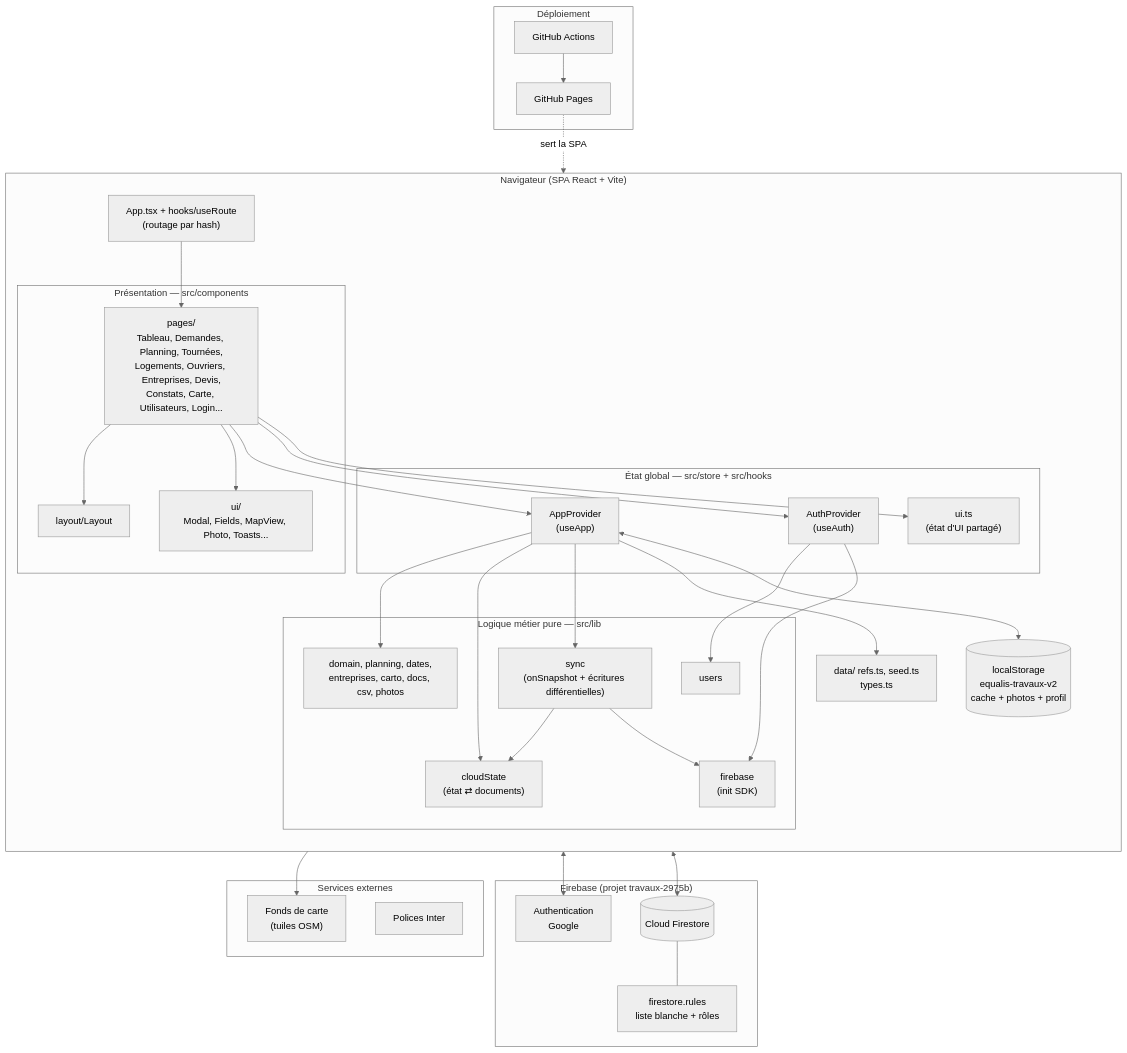
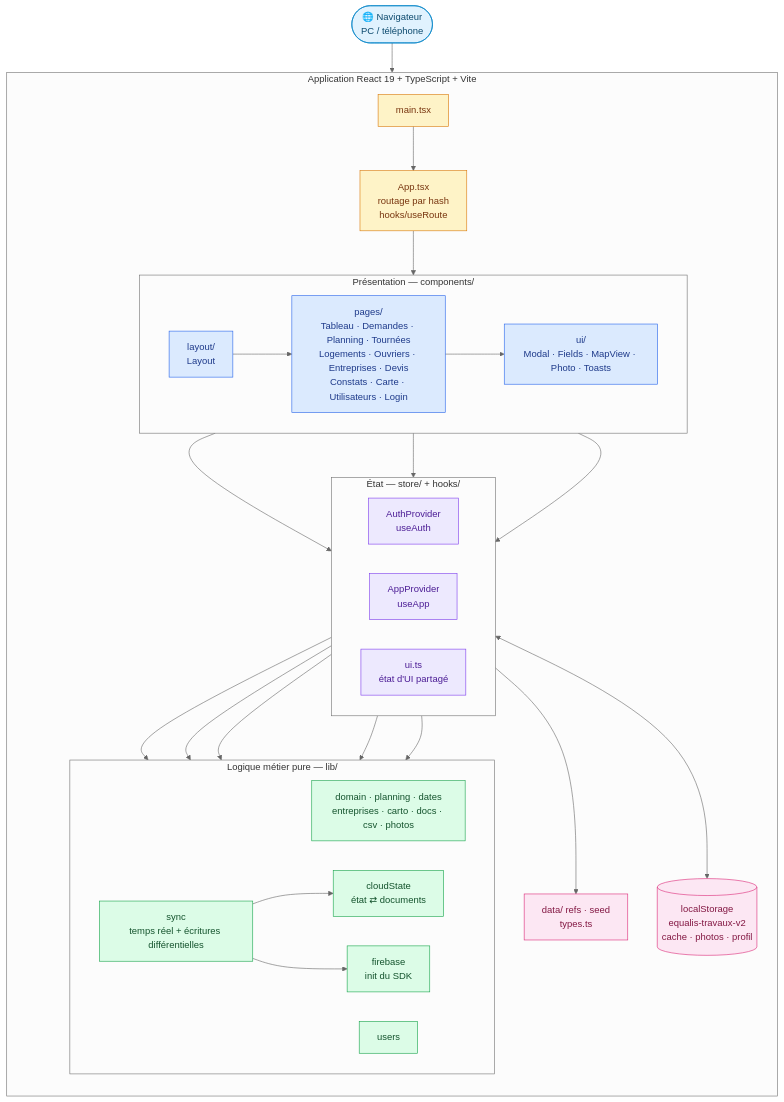
The first of 2 diagrams in README.md (Mogot77/Application_Gestion_Travaux), drawn with Mermaid (neutral theme) before and after one commit. The commit also changed other lines of this file, not shown here.

Commit message:
Ajoute deux schemas d'architecture colores (front et ecosysteme)

````diff
--- a/README.md
+++ b/README.md
@@ -24,67 +26,58 @@
 ```mermaid
 flowchart TB
-    subgraph Client["Navigateur (SPA React + Vite)"]
+    Browser(["🌐 Navigateur<br/>PC / téléphone"]):::ext
+
+    subgraph Front["Application React 19 + TypeScript + Vite"]
         direction TB
+        Main["main.tsx"]:::entry
+        Router["App.tsx<br/>routage par hash<br/>hooks/useRoute"]:::entry
 
-        subgraph UI["Présentation — src/components"]
-            Pages["pages/<br/>Tableau, Demandes, Planning, Tournées,<br/>Logements, Ouvriers, Entreprises, Devis,<br/>Constats, Carte, Utilisateurs, Login..."]
-            Layout["layout/Layout"]
-            Widgets["ui/<br/>Modal, Fields, MapView, Photo, Toasts..."]
+        subgraph UI["Présentation — components/"]
+            direction LR
+            Layout["layout/<br/>Layout"]:::ui
+            Pages["pages/<br/>Tableau · Demandes · Planning · Tournées<br/>Logements · Ouvriers · Entreprises · Devis<br/>Constats · Carte · Utilisateurs · Login"]:::ui
+            Widgets["ui/<br/>Modal · Fields · MapView · Photo · Toasts"]:::ui
         end
 
-        Router["App.tsx + hooks/useRoute<br/>(routage par hash)"]
-
-        subgraph State["État global — src/store + src/hooks"]
-            Auth["AuthProvider<br/>(useAuth)"]
-            App["AppProvider<br/>(useApp)"]
-            UIState["ui.ts<br/>(état d'UI partagé)"]
+        subgraph Store["État — store/ + hooks/"]
+            direction LR
+            AuthP["AuthProvider<br/>useAuth"]:::state
+            AppP["AppProvider<br/>useApp"]:::state
+            UIs["ui.ts<br/>état d'UI partagé"]:::state
         end
 
-        subgraph Logic["Logique métier pure — src/lib"]
-            Domain["domain, planning, dates,<br/>entreprises, carto, docs, csv, photos"]
-            Users["users"]
-            Cloud["cloudState<br/>(état ⇄ documents)"]
-            Sync["sync<br/>(onSnapshot + écritures différentielles)"]
-            Fb["firebase<br/>(init SDK)"]
+        subgraph Lib["Logique métier pure — lib/"]
+            direction LR
+            Dom["domain · planning · dates<br/>entreprises · carto · docs · csv · photos"]:::logic
+            Cs["cloudState<br/>état ⇄ documents"]:::logic
+            Sy["sync<br/>temps réel + écritures différentielles"]:::logic
+            Us["users"]:::logic
+            Fbl["firebase<br/>init du SDK"]:::logic
         end
 
-        Data["data/ refs.ts, seed.ts<br/>types.ts"]
-        LS[("localStorage<br/>equalis-travaux-v2<br/>cache + photos + profil")]
+        Data["data/ refs · seed<br/>types.ts"]:::data
+        LS[("localStorage<br/>equalis-travaux-v2<br/>cache · photos · profil")]:::data
     end
 
-    subgraph Firebase["Firebase (projet travaux-2975b)"]
-        FAuth["Authentication<br/>Google"]
-        FS[("Cloud Firestore")]
-        Rules["firestore.rules<br/>liste blanche + rôles"]
-    end
+    Browser --> Main --> Router --> Layout --> Pages
+    Pages --> Widgets
+    Pages --> AuthP
+    Pages --> AppP
+    Pages --> UIs
+    AppP --> Dom
+    AppP --> Cs
+    AppP --> Sy
+    AppP --> Data
+    AppP <--> LS
+    AuthP --> Us
+    AuthP --> Fbl
+    Sy --> Cs
+    Sy --> Fbl
 
-    subgraph Ext["Services externes"]
-        Tiles["Fonds de carte<br/>(tuiles OSM)"]
-        Fonts["Polices Inter"]
-    end
-
-    subgraph CI["Déploiement"]
-        GH["GitHub Actions"] --> Pages2["GitHub Pages"]
-    end
-
-    Pages --> Layout
-    Pages --> Widgets
-    Router --> Pages
-    Pages --> App
-    Pages --> Auth
-    Pages --> UIState
-    App --> Domain
-    App --> Cloud
-    App --> Sync
-    Auth --> Users
-    Auth --> Fb
-    Sync --> Cloud
-    Sync --> Fb
-    App --> Data
-    App <--> LS
-    Widgets --> Tiles
-    Fb <--> FAuth
-    Fb <--> FS
-    FS --- Rules
-    Pages2 -. sert la SPA .-> Client
+    classDef ext fill:#e0f2fe,stroke:#0284c7,color:#0c4a6e
+    classDef entry fill:#fef3c7,stroke:#d97706,color:#78350f
+    classDef ui fill:#dbeafe,stroke:#2563eb,color:#1e3a8a
+    classDef state fill:#ede9fe,stroke:#7c3aed,color:#4c1d95
+    classDef logic fill:#dcfce7,stroke:#16a34a,color:#14532d
+    classDef data fill:#fce7f3,stroke:#db2777,color:#831843
 ```
````
